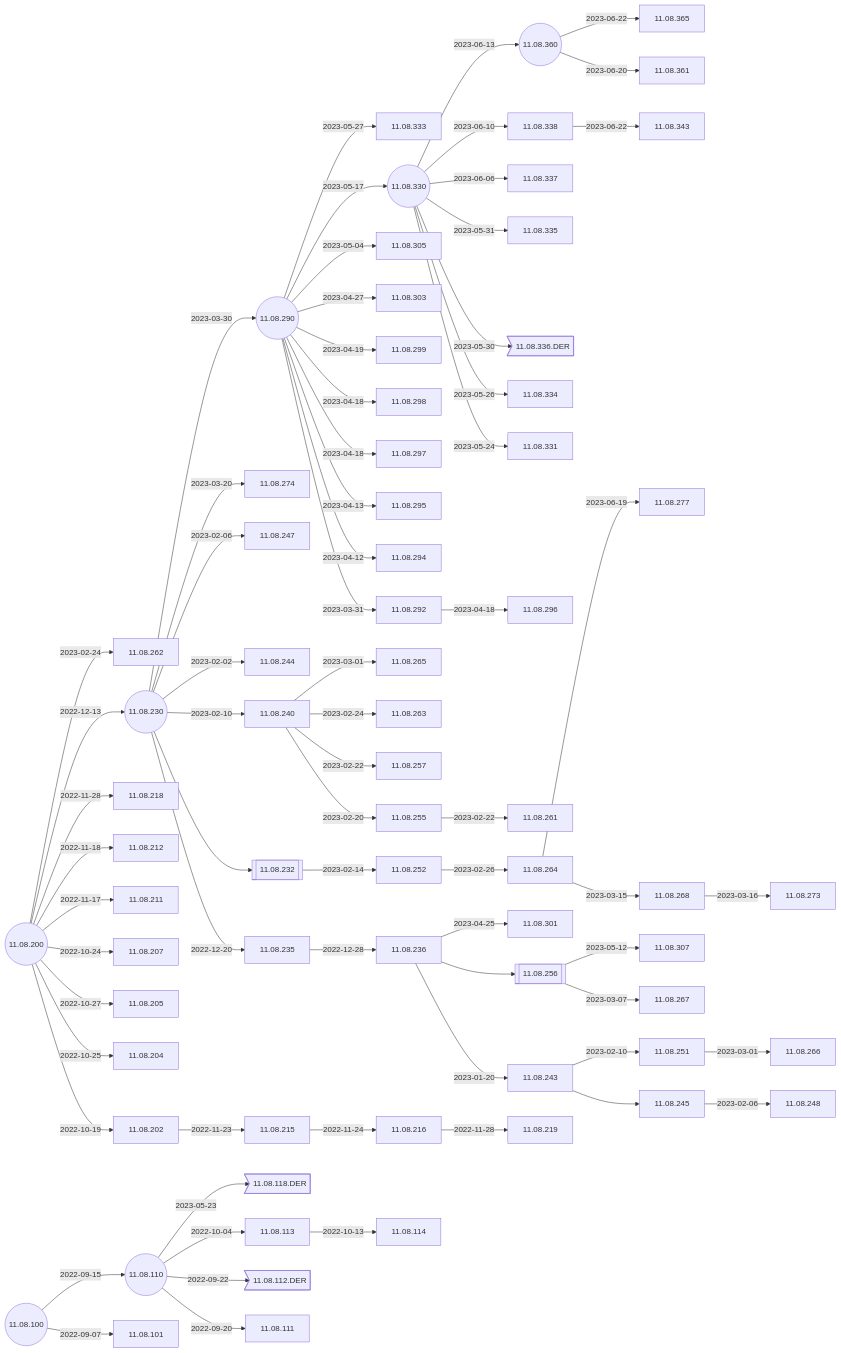
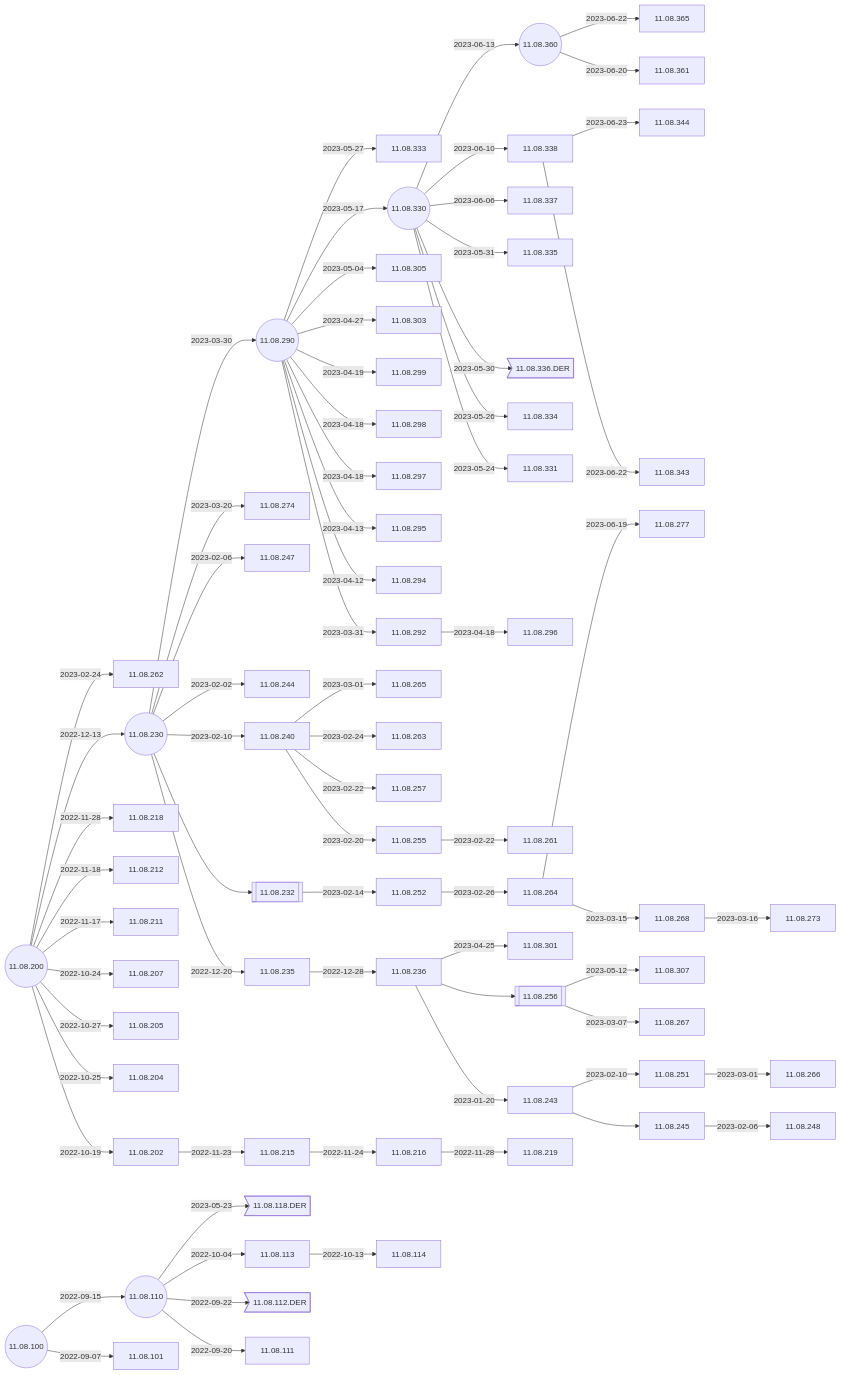
The second of 4 diagrams in docs/Docs/ReleaseNotes/01-OS11/README.md (IGEL-Community/IGEL-Docs-v02), drawn with Mermaid before and after one commit. The commit also changed 1 other file, not shown here.

Commit message:
11.08.344 < 11.08.338

````diff
--- a/docs/Docs/ReleaseNotes/01-OS11/README.md
+++ b/docs/Docs/ReleaseNotes/01-OS11/README.md
@@ -39,5 +39,6 @@
 ```mermaid
 flowchart LR
+    11.08.338-- 2023-06-23 -->11.08.344
     11.08.338-- 2023-06-22 -->11.08.343
     11.08.360-- 2023-06-22 -->11.08.365
     11.08.360-- 2023-06-20 -->11.08.361
@@ -89,6 +90,7 @@
     11.08.110((11.08.110))-- 2022-09-22 -->11.08.112.DER>11.08.112.DER]
     11.08.100-- 2022-09-15 -->11.08.110-- 2022-09-20 -->11.08.111
     11.08.100((11.08.100))-- 2022-09-07 -->11.08.101
+    click 11.08.344 "https://github.com/IGEL-Community/IGEL-Docs-v02/tree/main/docs/Docs/ReleaseNotes/01-OS11/readme11.08.344.txt" _blank
     click 11.08.343 "https://github.com/IGEL-Community/IGEL-Docs-v02/tree/main/docs/Docs/ReleaseNotes/01-OS11/readme11.08.343.txt" _blank
     click 11.08.365 "https://github.com/IGEL-Community/IGEL-Docs-v02/tree/main/docs/Docs/ReleaseNotes/01-OS11/readme11.08.365.txt" _blank
     click 11.08.361 "https://github.com/IGEL-Community/IGEL-Docs-v02/tree/main/docs/Docs/ReleaseNotes/01-OS11/readme11.08.361.txt" _blank
````
